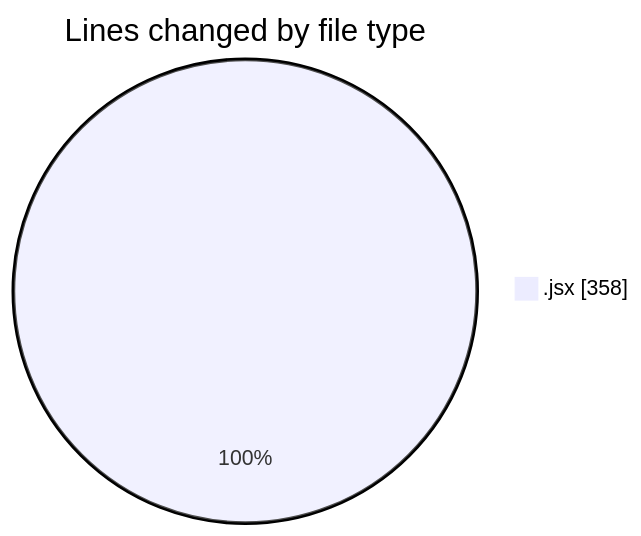
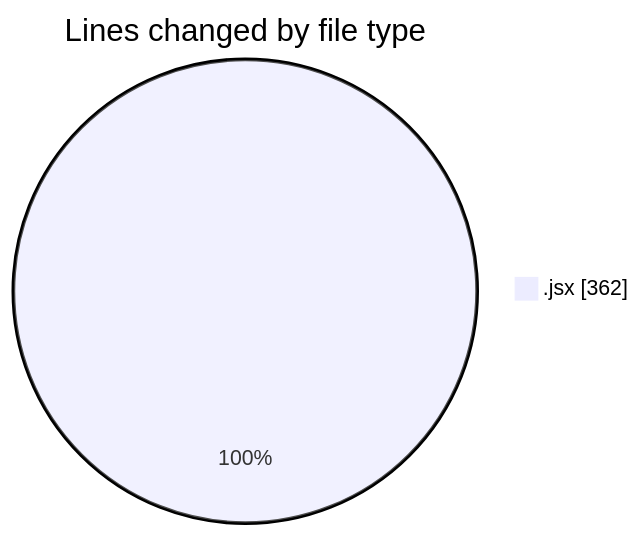
One commit to Elitesun/code-tracking changed the first of 2 diagrams in 2025-02-21/elitegpt/README.md. Above: the diagram before and after it, drawn with Mermaid. The commit also changed other lines of this file and 1 other file, not shown here.

````diff
--- a/2025-02-21/elitegpt/README.md
+++ b/2025-02-21/elitegpt/README.md
@@ -23,5 +23,5 @@
 ```mermaid
 pie showData
 title Lines changed by file type
-".jsx" : 358
+".jsx" : 362
 ```
````
